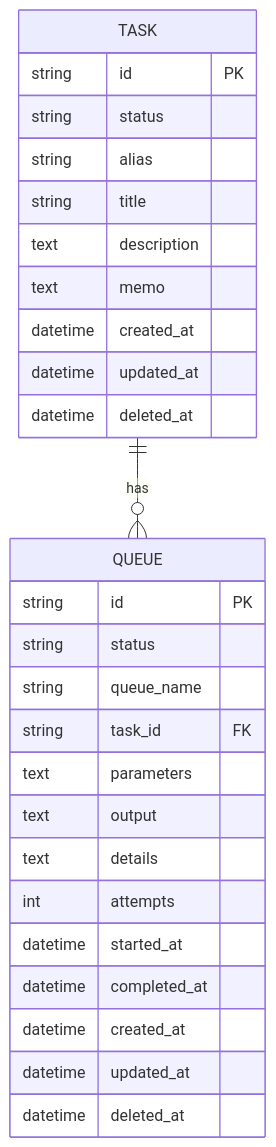
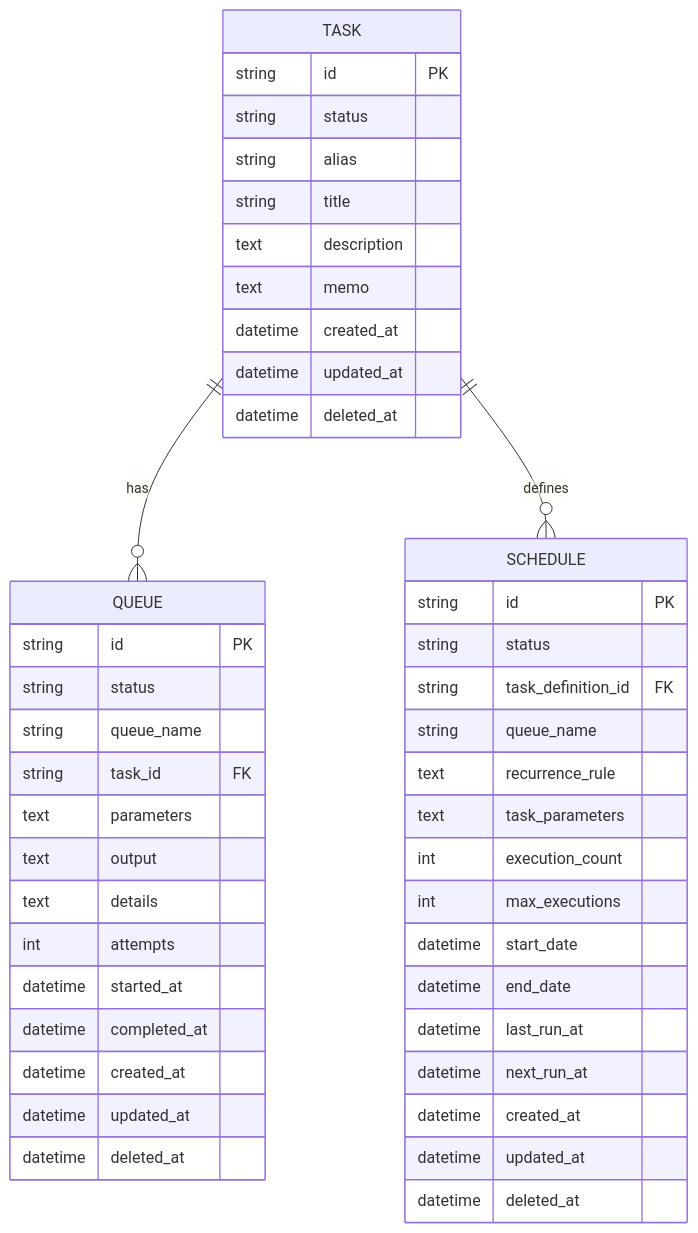
One commit to dracory/taskstore changed the diagram in docs/overview.md. Above: the diagram before and after it, drawn with Mermaid. The commit also changed other lines of this file and 2 other files, not shown here.

Commit message:
feat: Implement schedule management with CRUD operations, listing, and execution logic.

````diff
--- a/docs/overview.md
+++ b/docs/overview.md
@@ -113,30 +134,48 @@
 ```mermaid
 erDiagram
     TASK ||--o{ QUEUE : has
+    TASK ||--o{ SCHEDULE : defines
     TASK {
         string id PK
         string status
         string alias
         string title
         text description
         text memo
         datetime created_at
         datetime updated_at
         datetime deleted_at
     }
     QUEUE {
         string id PK
         string status
         string queue_name
         string task_id FK
         text parameters
         text output
         text details
         int attempts
         datetime started_at
         datetime completed_at
         datetime created_at
         datetime updated_at
         datetime deleted_at
     }
+    SCHEDULE {
+        string id PK
+        string status
+        string task_definition_id FK
+        string queue_name
+        text recurrence_rule
+        text task_parameters
+        int execution_count
+        int max_executions
+        datetime start_date
+        datetime end_date
+        datetime last_run_at
+        datetime next_run_at
+        datetime created_at
+        datetime updated_at
+        datetime deleted_at
+    }
 ```
````
